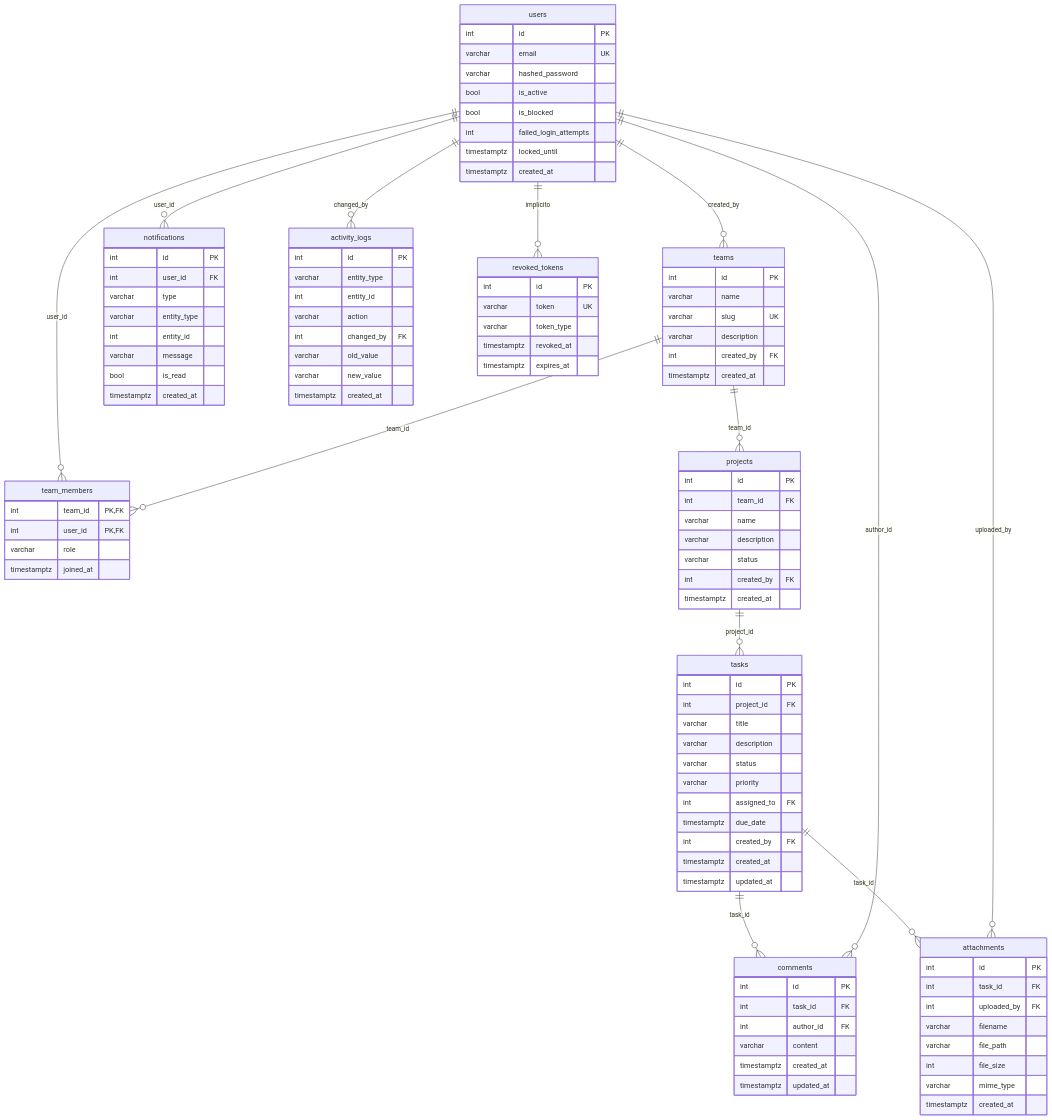
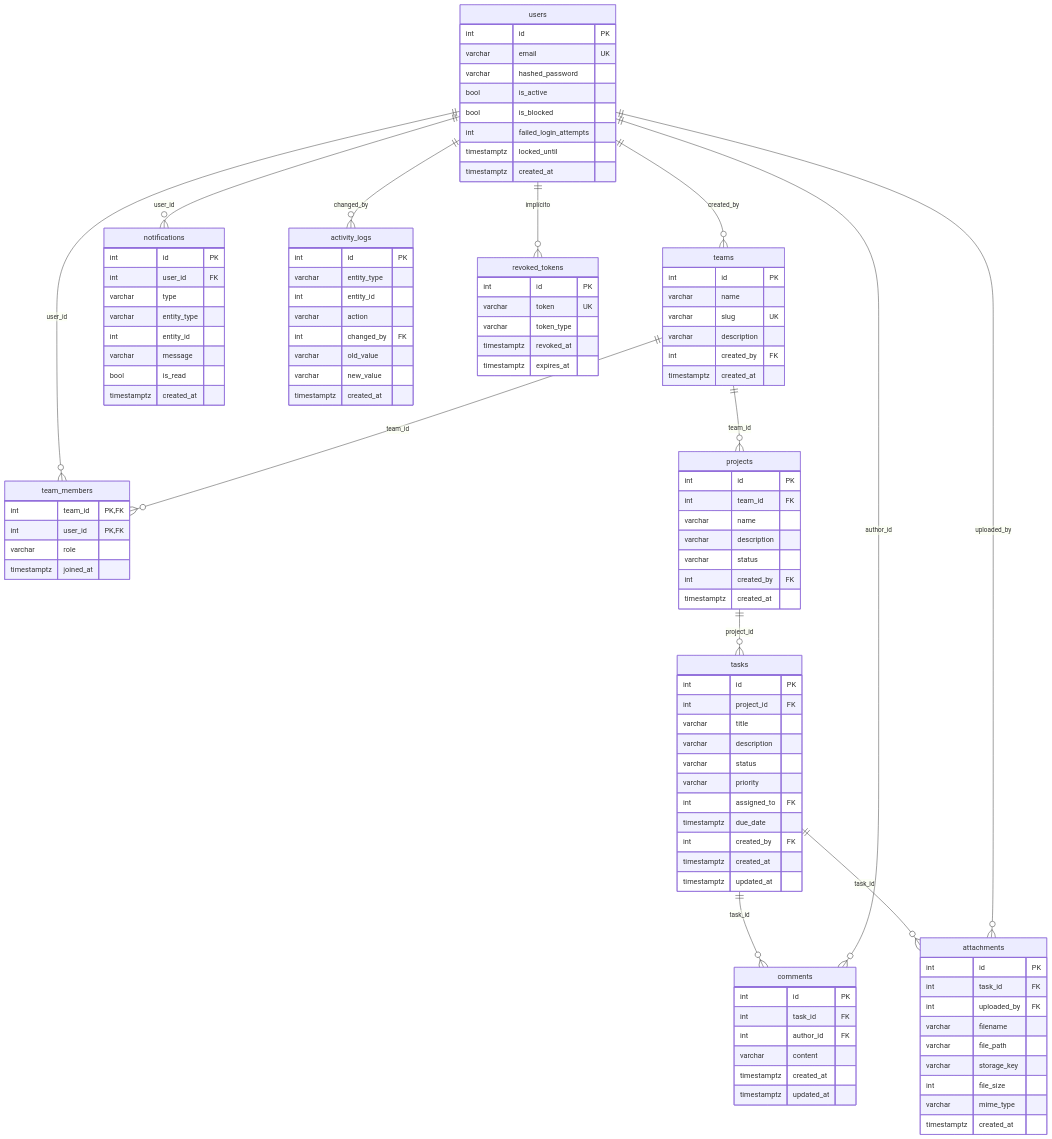
The diagram in specs/taskflow/data-model.md (Chorexxs/taskflow-api), drawn with Mermaid before and after one commit. The commit also changed other lines of this file and 22 other files, not shown here.

```diff
--- a/specs/taskflow/data-model.md
+++ b/specs/taskflow/data-model.md
@@ -84,6 +84,7 @@
         int uploaded_by FK
         varchar filename
         varchar file_path
+        varchar storage_key
         int file_size
         varchar mime_type
         timestamptz created_at
```
